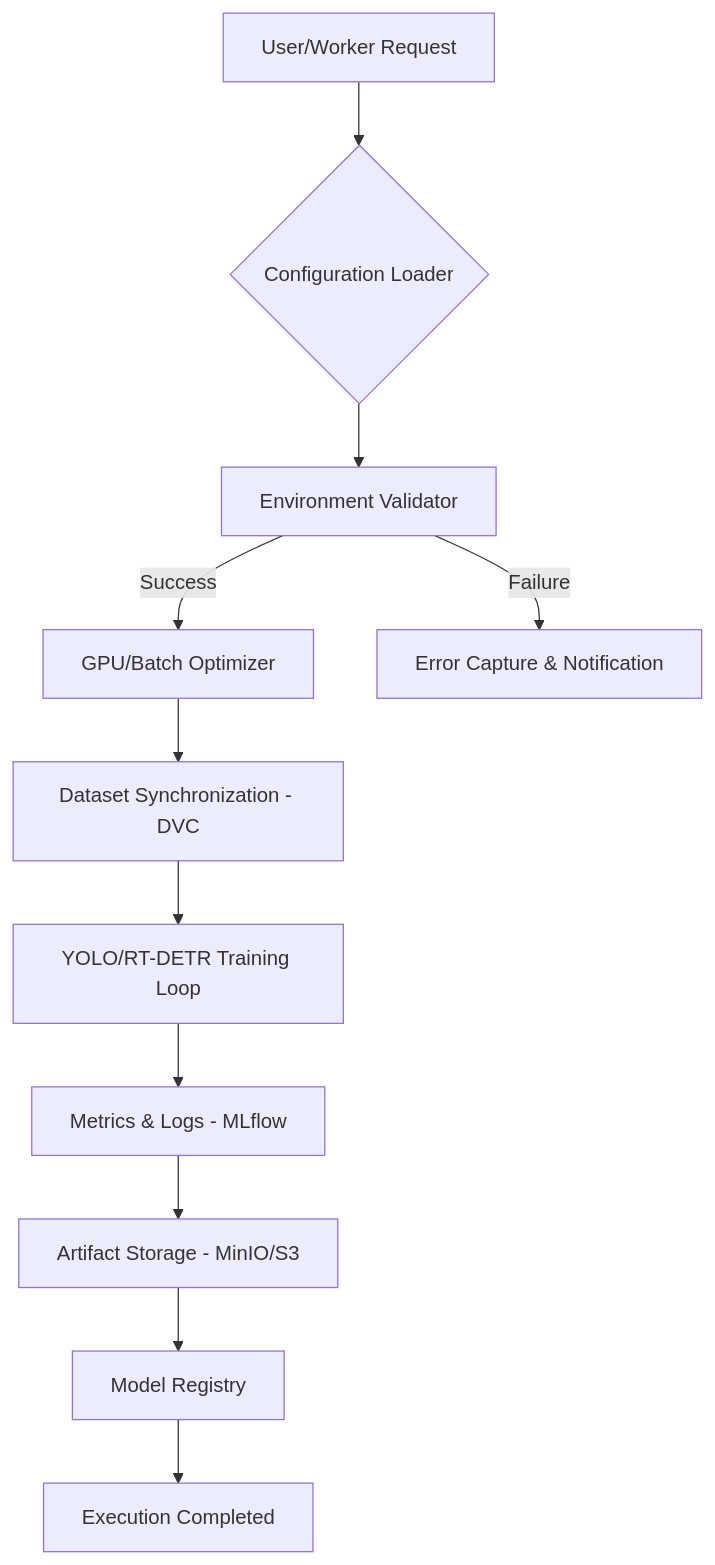
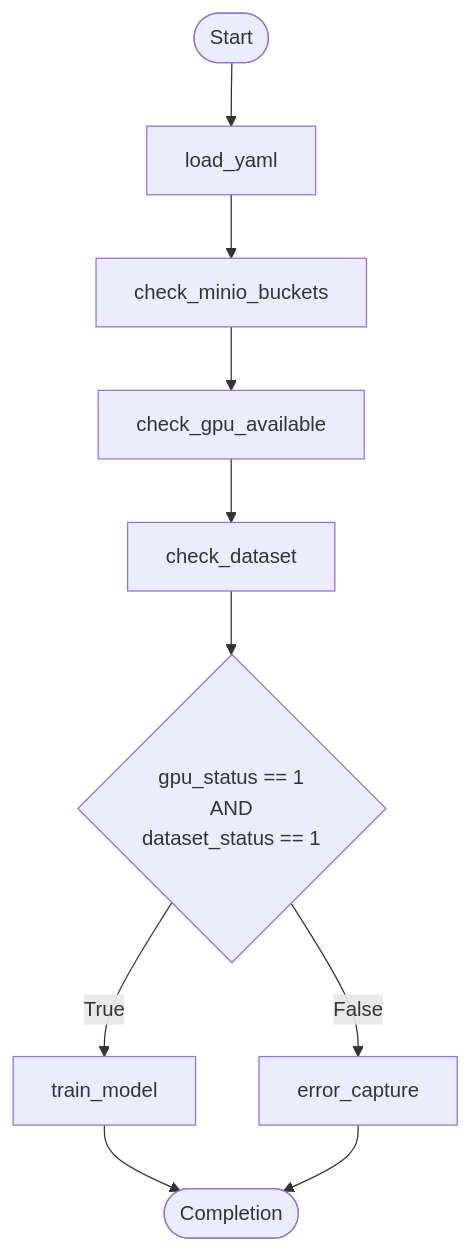
One commit to wisrovi/wyolo changed the first of 3 diagrams in README.md. Above: the diagram before and after it, drawn with Mermaid. The commit also changed other lines of this file, not shown here.

Commit message:
docs: complete refactor of README to 'Principal' standard with precise state machine diagrams

````diff
--- a/README.md
+++ b/README.md
@@ -15,13 +17,12 @@
 ```mermaid
 graph TD
-    A[User/Worker Request] --> B{Configuration Loader}
-    B --> C[Environment Validator]
-    C -->|Success| D[GPU/Batch Optimizer]
-    C -->|Failure| E[Error Capture & Notification]
-    D --> F[Dataset Synchronization - DVC]
-    F --> G[YOLO/RT-DETR Training Loop]
-    G --> H[Metrics & Logs - MLflow]
-    H --> I[Artifact Storage - MinIO/S3]
-    I --> J[Model Registry]
-    J --> K[Execution Completed]
+    Start([Start]) --> LoadConfig[load_yaml]
+    LoadConfig --> CheckMinIO[check_minio_buckets]
+    CheckMinIO --> CheckGPU[check_gpu_available]
+    CheckGPU --> CheckDataset[check_dataset]
+    CheckDataset --> Cond{gpu_status == 1 <br> AND <br> dataset_status == 1}
+    Cond -->|True| TrainModel[train_model]
+    Cond -->|False| ErrorTrap[error_capture]
+    TrainModel --> End([Completion])
+    ErrorTrap --> End
 ```
````
